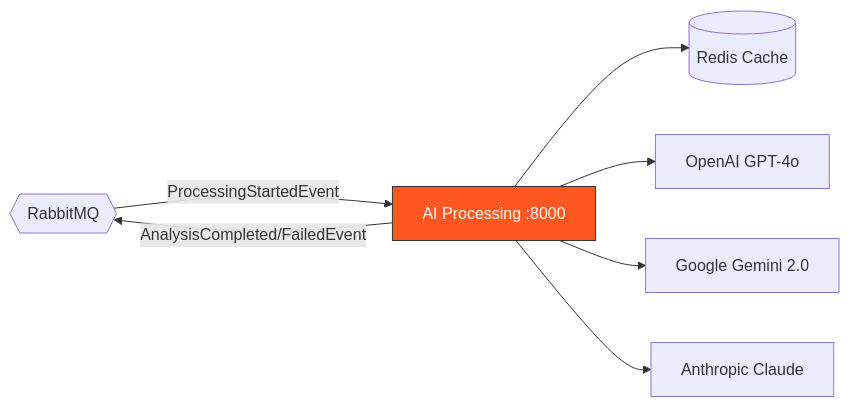
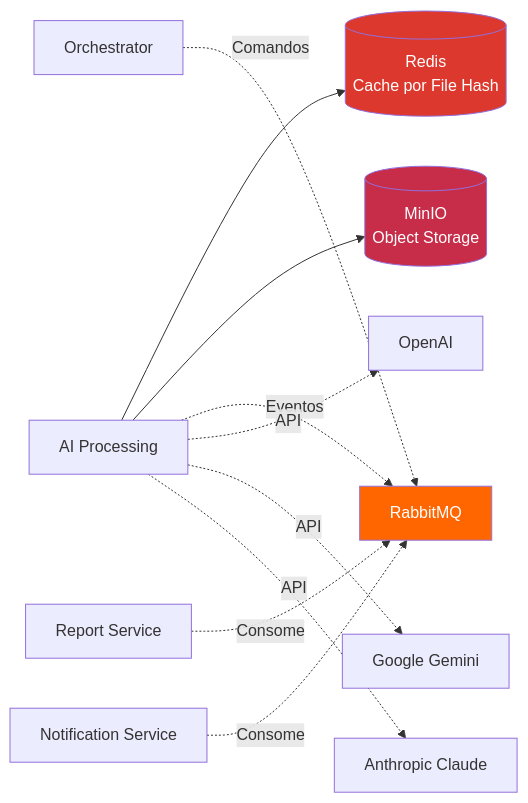
The third of 5 diagrams in README.md (ArchLens-Fiap/archlens-ai-processing), drawn with Mermaid before and after one commit. The commit also changed other lines of this file, not shown here.

````diff
--- a/README.md
+++ b/README.md
@@ -7,10 +137,18 @@
 ```mermaid
 graph LR
-    BUS{{RabbitMQ}} -->|ProcessingStartedEvent| AI[AI Processing :8000]
-    AI --> REDIS[(Redis Cache)]
-    AI --> OPENAI[OpenAI GPT-4o]
-    AI --> GEMINI[Google Gemini 2.0]
-    AI --> CLAUDE[Anthropic Claude]
-    AI -->|AnalysisCompleted/FailedEvent| BUS
-    style AI fill:#FF5722,stroke:#333,color:#fff
+    AI[AI Processing] --> REDIS[(Redis<br/>Cache por File Hash)]
+    AI --> MINIO[(MinIO<br/>Object Storage)]
+    AI -.->|Eventos| RMQ[RabbitMQ]
+
+    ORCH[Orchestrator] -.->|Comandos| RMQ
+    RPT[Report Service] -.->|Consome| RMQ
+    NOTIF[Notification Service] -.->|Consome| RMQ
+
+    AI -.->|API| OAI[OpenAI]
+    AI -.->|API| GEM[Google Gemini]
+    AI -.->|API| CLU[Anthropic Claude]
+
+    style REDIS fill:#dc382d,color:#fff
+    style MINIO fill:#c72c48,color:#fff
+    style RMQ fill:#ff6600,color:#fff
 ```
````
